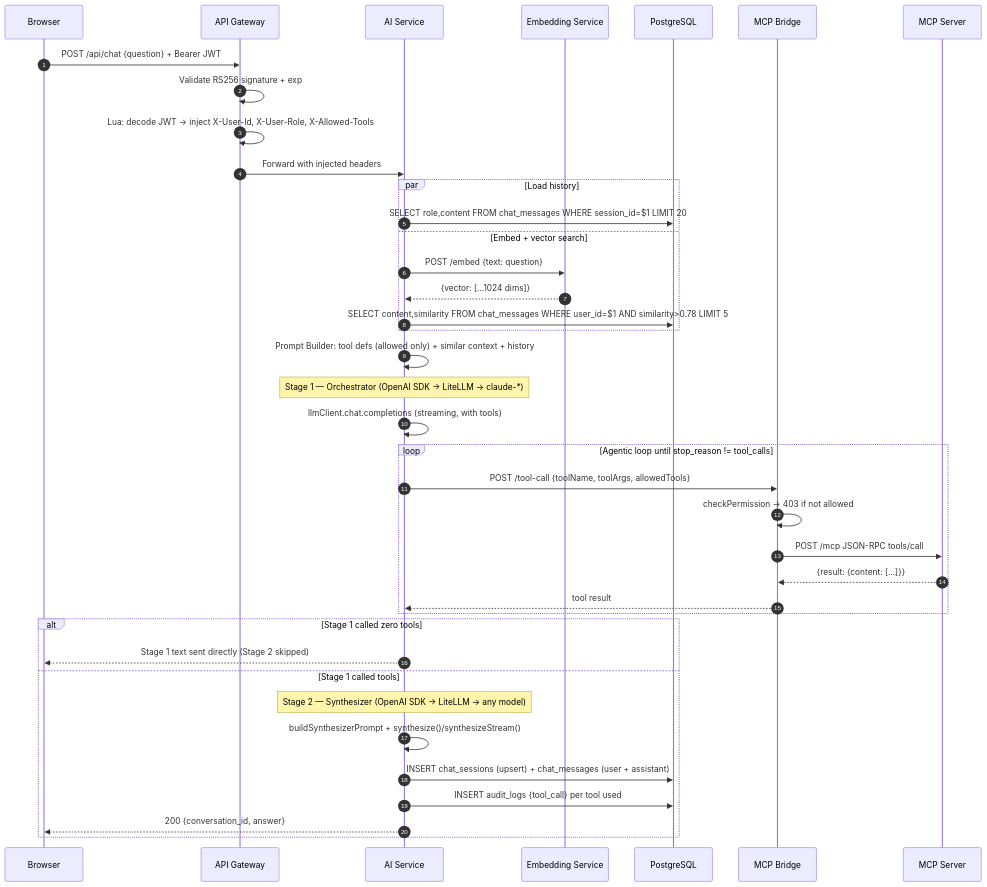
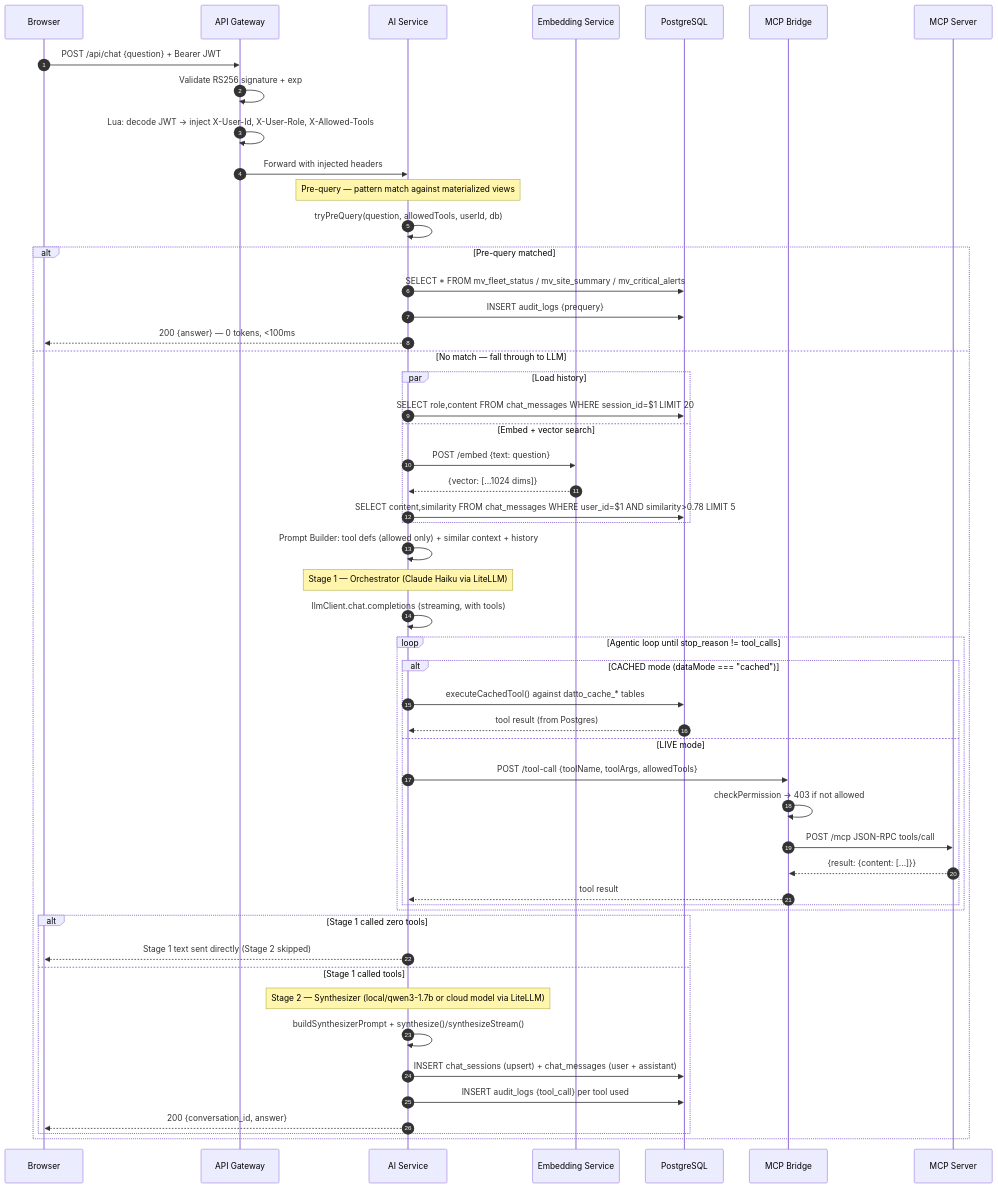
Before and after one commit to impie0/dattobrain: the diagram in DattoLLM-main/docs/flows/Chat Request Flow.md, drawn with Mermaid. The commit also changed other lines of this file and 50 other files, not shown here.

First line of the commit message:
v2.6.0 — security hardening, pre-query engine, local LLM, token tracking, observability

````diff
--- a/DattoLLM-main/docs/flows/Chat Request Flow.md
+++ b/DattoLLM-main/docs/flows/Chat Request Flow.md
@@ -19,47 +19,60 @@
 ```mermaid
 sequenceDiagram
     autonumber
     participant B as Browser
     participant GW as API Gateway
     participant AI as AI Service
     participant E as Embedding Service
     participant DB as PostgreSQL
     participant BR as MCP Bridge
     participant MCP as MCP Server
 
     B->>GW: POST /api/chat {question} + Bearer JWT
     GW->>GW: Validate RS256 signature + exp
     GW->>GW: Lua: decode JWT → inject X-User-Id, X-User-Role, X-Allowed-Tools
     GW->>AI: Forward with injected headers
 
-    par Load history
-        AI->>DB: SELECT role,content FROM chat_messages WHERE session_id=$1 LIMIT 20
-    and Embed + vector search
-        AI->>E: POST /embed {text: question}
-        E-->>AI: {vector: [...1024 dims]}
-        AI->>DB: SELECT content,similarity FROM chat_messages WHERE user_id=$1 AND similarity>0.78 LIMIT 5
-    end
+    note over AI: Pre-query — pattern match against materialized views
+    AI->>AI: tryPreQuery(question, allowedTools, userId, db)
+    alt Pre-query matched
+        AI->>DB: SELECT * FROM mv_fleet_status / mv_site_summary / mv_critical_alerts
+        AI->>DB: INSERT audit_logs {prequery}
+        AI-->>B: 200 {answer} — 0 tokens, <100ms
+    else No match — fall through to LLM
+        par Load history
+            AI->>DB: SELECT role,content FROM chat_messages WHERE session_id=$1 LIMIT 20
+        and Embed + vector search
+            AI->>E: POST /embed {text: question}
+            E-->>AI: {vector: [...1024 dims]}
+            AI->>DB: SELECT content,similarity FROM chat_messages WHERE user_id=$1 AND similarity>0.78 LIMIT 5
+        end
 
-    AI->>AI: Prompt Builder: tool defs (allowed only) + similar context + history
+        AI->>AI: Prompt Builder: tool defs (allowed only) + similar context + history
 
-    note over AI: Stage 1 — Orchestrator (OpenAI SDK → LiteLLM → claude-*)
-    AI->>AI: llmClient.chat.completions (streaming, with tools)
+        note over AI: Stage 1 — Orchestrator (Claude Haiku via LiteLLM)
+        AI->>AI: llmClient.chat.completions (streaming, with tools)
 
-    loop Agentic loop until stop_reason != tool_calls
-        AI->>BR: POST /tool-call {toolName, toolArgs, allowedTools}
-        BR->>BR: checkPermission → 403 if not allowed
-        BR->>MCP: POST /mcp JSON-RPC tools/call
-        MCP-->>BR: {result: {content: [...]}}
-        BR-->>AI: tool result
-    end
+        loop Agentic loop until stop_reason != tool_calls
+            alt CACHED mode (dataMode === "cached")
+                AI->>DB: executeCachedTool() against datto_cache_* tables
+                DB-->>AI: tool result (from Postgres)
+            else LIVE mode
+                AI->>BR: POST /tool-call {toolName, toolArgs, allowedTools}
+                BR->>BR: checkPermission → 403 if not allowed
+                BR->>MCP: POST /mcp JSON-RPC tools/call
+                MCP-->>BR: {result: {content: [...]}}
+                BR-->>AI: tool result
+            end
+        end
 
-    alt Stage 1 called zero tools
-        AI-->>B: Stage 1 text sent directly (Stage 2 skipped)
-    else Stage 1 called tools
-        note over AI: Stage 2 — Synthesizer (OpenAI SDK → LiteLLM → any model)
-        AI->>AI: buildSynthesizerPrompt + synthesize()/synthesizeStream()
-        AI->>DB: INSERT chat_sessions (upsert) + chat_messages (user + assistant)
-        AI->>DB: INSERT audit_logs {tool_call} per tool used
-        AI-->>B: 200 {conversation_id, answer}
+        alt Stage 1 called zero tools
+            AI-->>B: Stage 1 text sent directly (Stage 2 skipped)
+        else Stage 1 called tools
+            note over AI: Stage 2 — Synthesizer (local/qwen3-1.7b or cloud model via LiteLLM)
+            AI->>AI: buildSynthesizerPrompt + synthesize()/synthesizeStream()
+            AI->>DB: INSERT chat_sessions (upsert) + chat_messages (user + assistant)
+            AI->>DB: INSERT audit_logs {tool_call} per tool used
+            AI-->>B: 200 {conversation_id, answer}
+        end
     end
 ```
````
